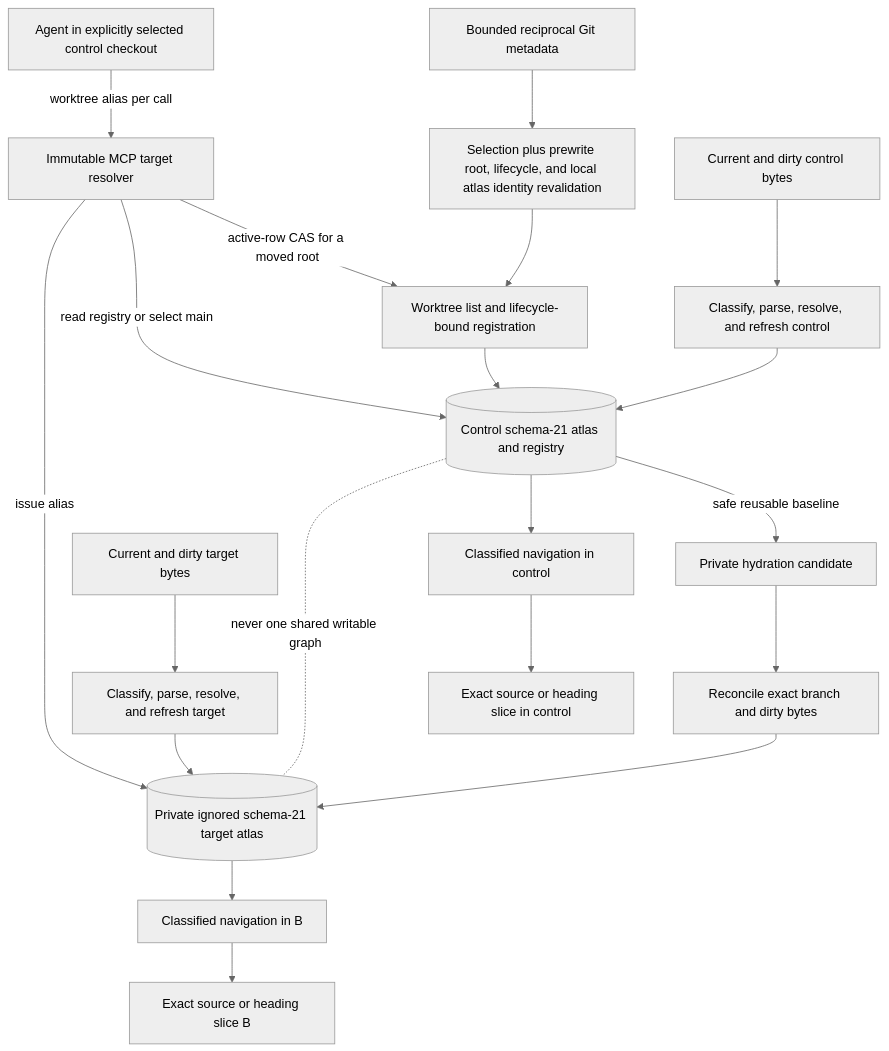
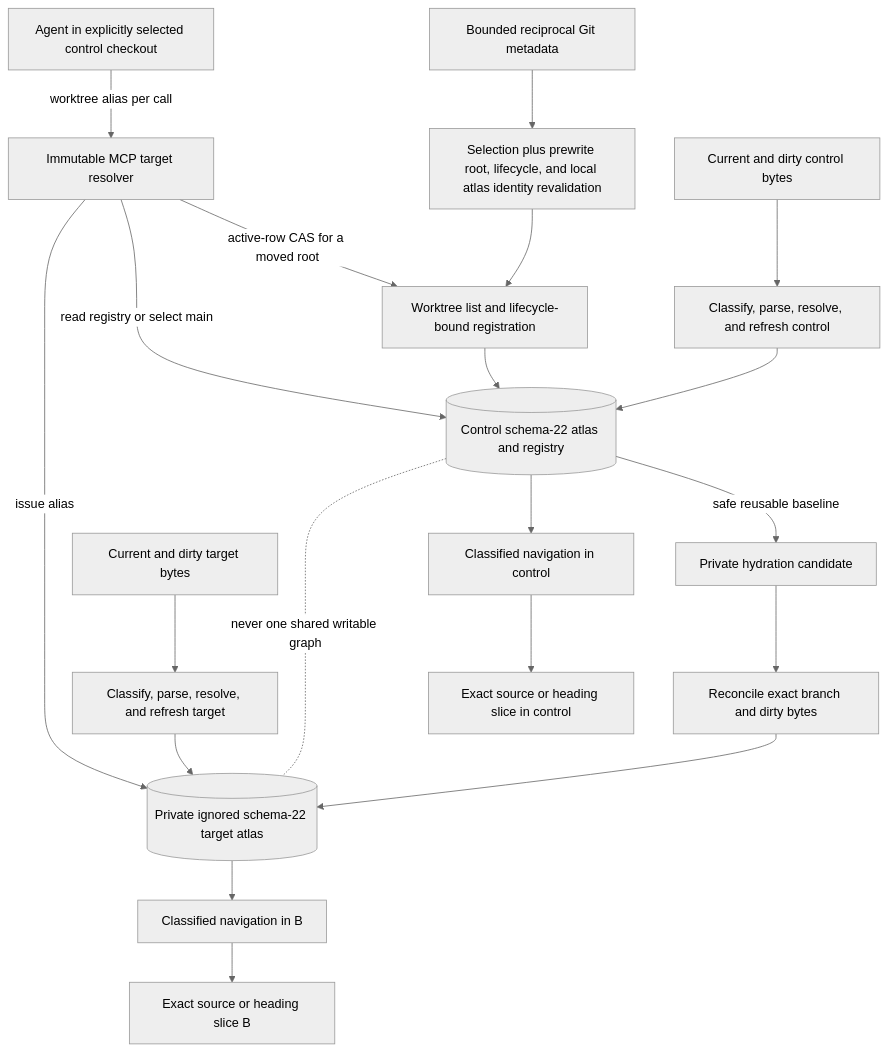
Diagram 28 of 37 in docs/projectatlas-3-architecture.md (styler-ai/ProjectAtlas), drawn with Mermaid (neutral theme) before and after one commit. The commit also changed other lines of this file, not shown here.

Commit message:
docs(architecture): document schema 22 rejection identity (#476)

````diff
--- a/docs/projectatlas-3-architecture.md
+++ b/docs/projectatlas-3-architecture.md
@@ -1893,22 +1914,22 @@
 ```mermaid
 flowchart TB
     Agent[Agent in explicitly selected control checkout] -->|worktree alias per call| Resolver[Immutable MCP target resolver]
     Git[Bounded reciprocal Git metadata] --> Revalidate[Selection plus prewrite root, lifecycle, and local atlas identity revalidation]
     Revalidate --> Registry[Worktree list and lifecycle-bound registration]
     Resolver -->|active-row CAS for a moved root| Registry
     Registry --> Control
-    Resolver -->|read registry or select main| Control[(Control schema-21 atlas and registry)]
-    Resolver -->|issue alias| DbB[(Private ignored schema-21 target atlas)]
+    Resolver -->|read registry or select main| Control[(Control schema-22 atlas and registry)]
+    Resolver -->|issue alias| DbB[(Private ignored schema-22 target atlas)]
     Control -->|safe reusable baseline| Candidate[Private hydration candidate]
     Candidate --> Reconcile[Reconcile exact branch and dirty bytes]
     Reconcile --> DbB
     SavedA[Current and dirty control bytes] --> BuildA[Classify, parse, resolve, and refresh control]
     BuildA --> Control
     SavedB[Current and dirty target bytes] --> BuildB[Classify, parse, resolve, and refresh target]
     BuildB --> DbB
     Control --> NavigateA[Classified navigation in control]
     DbB --> NavigateB[Classified navigation in B]
     NavigateA --> SliceA[Exact source or heading slice in control]
     NavigateB --> SliceB[Exact source or heading slice B]
     Control -. never one shared writable graph .- DbB
 ```
````
